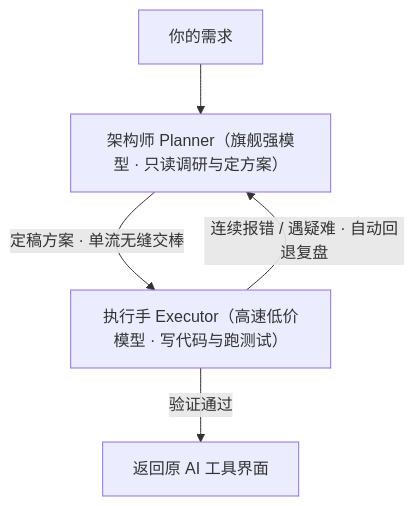
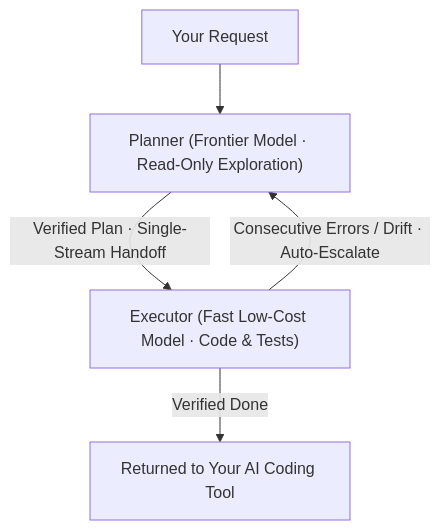
The diagram in README.md (EasonMWS/InnerHop), drawn with Mermaid before and after one commit. The commit also changed other lines of this file and 15 other files, not shown here.

````diff
--- a/README.md
+++ b/README.md
@@ -7,7 +9,7 @@
 ```mermaid
 flowchart TD
-    U["你的需求"] --> P["架构师 Planner（旗舰强模型 · 只读调研与定方案）"]
-    P -- "定稿方案 · 单流无缝交棒" --> E["执行手 Executor（高速低价模型 · 写代码与跑测试）"]
-    E -- "连续报错 / 遇疑难 · 自动回退复盘" --> P
-    E -- "验证通过" --> D["返回原 AI 工具界面"]
+    U["Your Request"] --> P["Planner (Frontier Model · Read-Only Exploration)"]
+    P -- "Verified Plan · Single-Stream Handoff" --> E["Executor (Fast Low-Cost Model · Code & Tests)"]
+    E -- "Consecutive Errors / Drift · Auto-Escalate" --> P
+    E -- "Verified Done" --> D["Returned to Your AI Coding Tool"]
 ```
````
